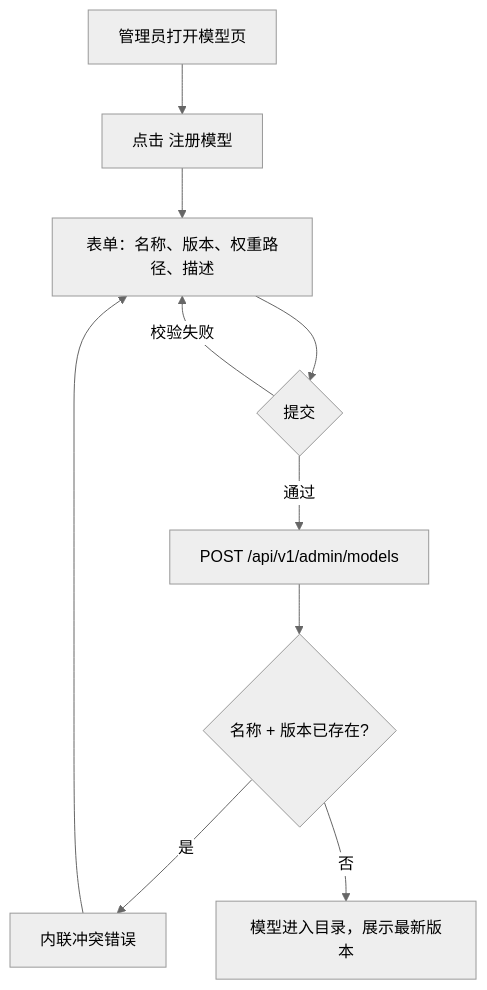
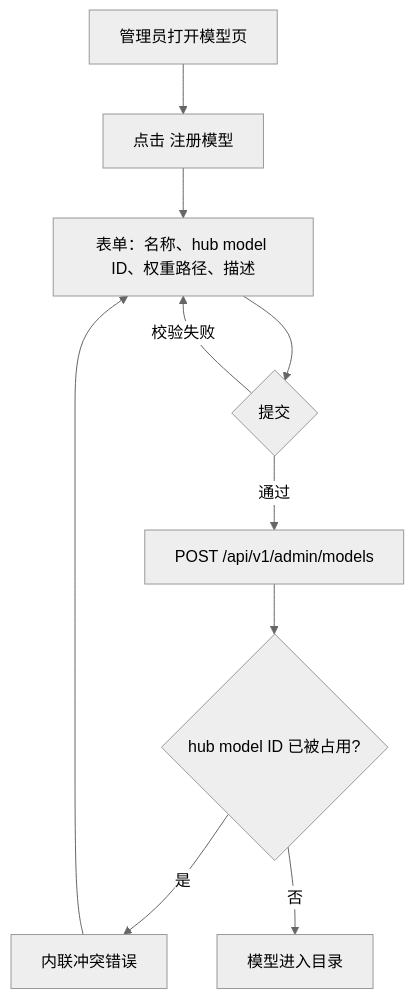
One commit to go-taas/go-taas changed the first of 4 diagrams in site/docs/design/model-catalog-deployment.zh-cn.md. Above: the diagram before and after it, drawn with Mermaid (neutral theme). The commit also changed other lines of this file and 24 other files, not shown here.

````diff
--- a/site/docs/design/model-catalog-deployment.zh-cn.md
+++ b/site/docs/design/model-catalog-deployment.zh-cn.md
@@ -160,12 +160,12 @@
 ```mermaid
 flowchart TD
     A["管理员打开模型页"] --> B["点击 注册模型"]
-    B --> C["表单：名称、版本、权重路径、描述"]
+    B --> C["表单：名称、hub model ID、权重路径、描述"]
     C --> D{提交}
     D -->|校验失败| C
     D -->|通过| E["POST /api/v1/admin/models"]
-    E --> F{名称 + 版本已存在?}
+    E --> F{hub model ID 已被占用?}
     F -->|是| G["内联冲突错误"]
     G --> C
-    F -->|否| H["模型进入目录，展示最新版本"]
+    F -->|否| H["模型进入目录"]
 ```
````
